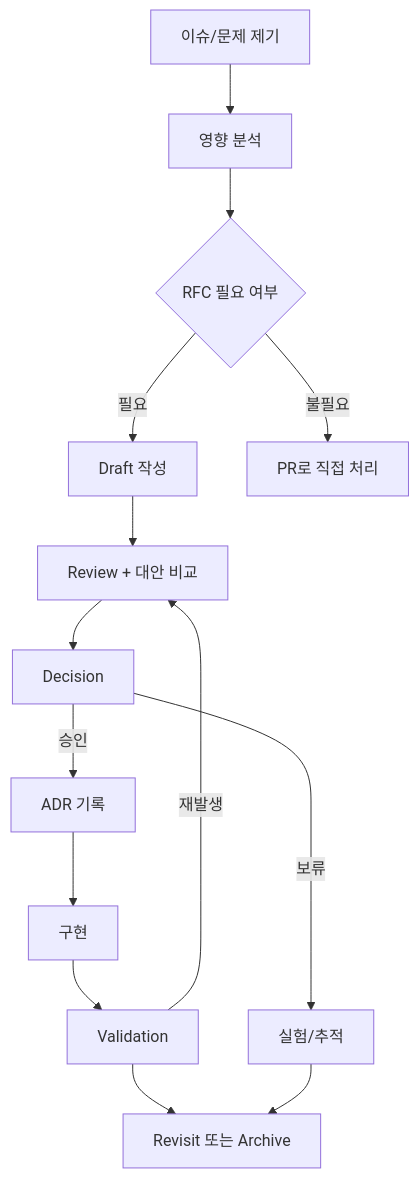
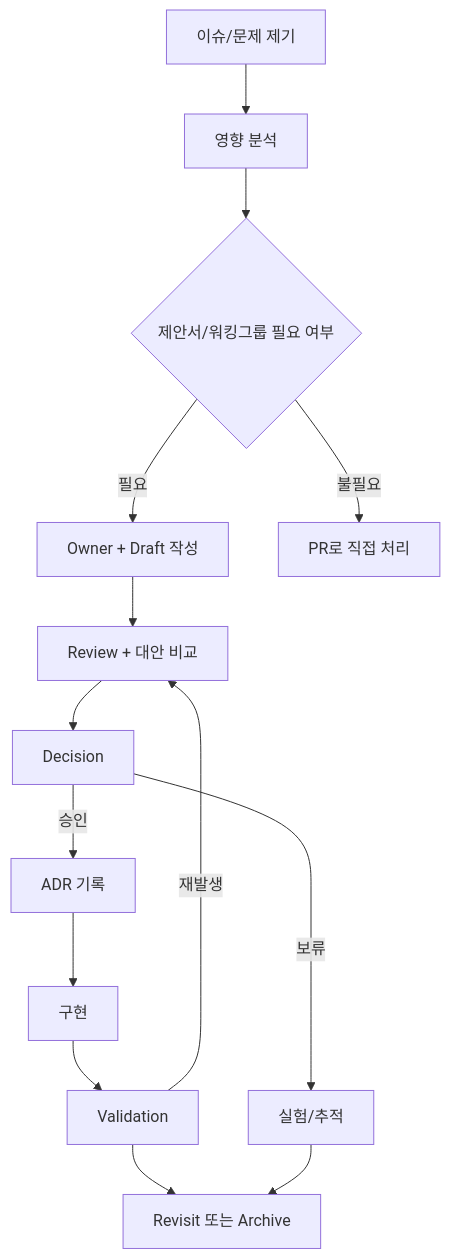
The second of 8 diagrams in public/개발가이드/15_RFC_의사결정_프로세스.md (blue45f/heejun), drawn with Mermaid before and after one commit. The commit also changed other lines of this file and 23 other files, not shown here.

````diff
--- a/public/개발가이드/15_RFC_의사결정_프로세스.md
+++ b/public/개발가이드/15_RFC_의사결정_프로세스.md
@@ -94,16 +98,16 @@
 ```mermaid
 flowchart TD
   A[이슈/문제 제기] --> B[영향 분석]
-  B --> C{RFC 필요 여부}
-  C -->|필요| D[Draft 작성]
+  B --> C{제안서/워킹그룹 필요 여부}
+  C -->|필요| D[Owner + Draft 작성]
   C -->|불필요| E[PR로 직접 처리]
   D --> F[Review + 대안 비교]
   F --> G[Decision]
   G -->|승인| H[ADR 기록]
   G -->|보류| I[실험/추적]
   H --> J[구현]
   J --> K[Validation]
   K --> L[Revisit 또는 Archive]
   I --> L
   K -->|재발생| F
 ```
````
